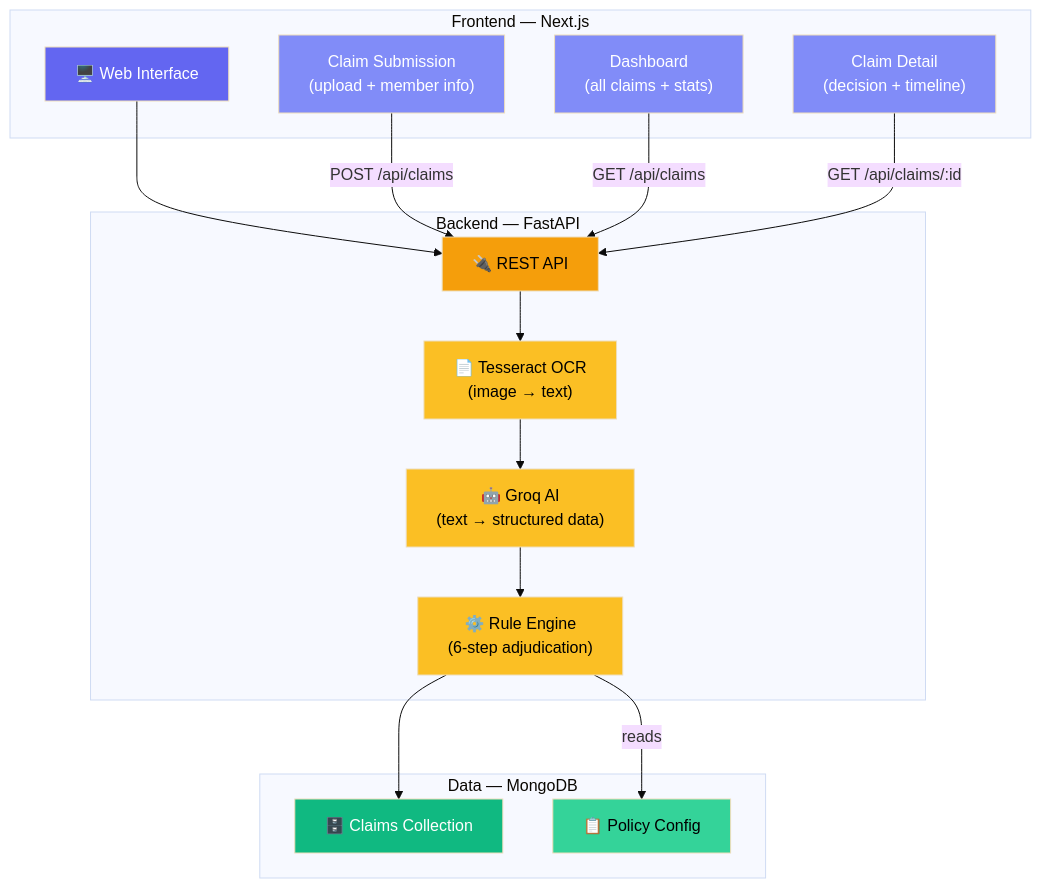
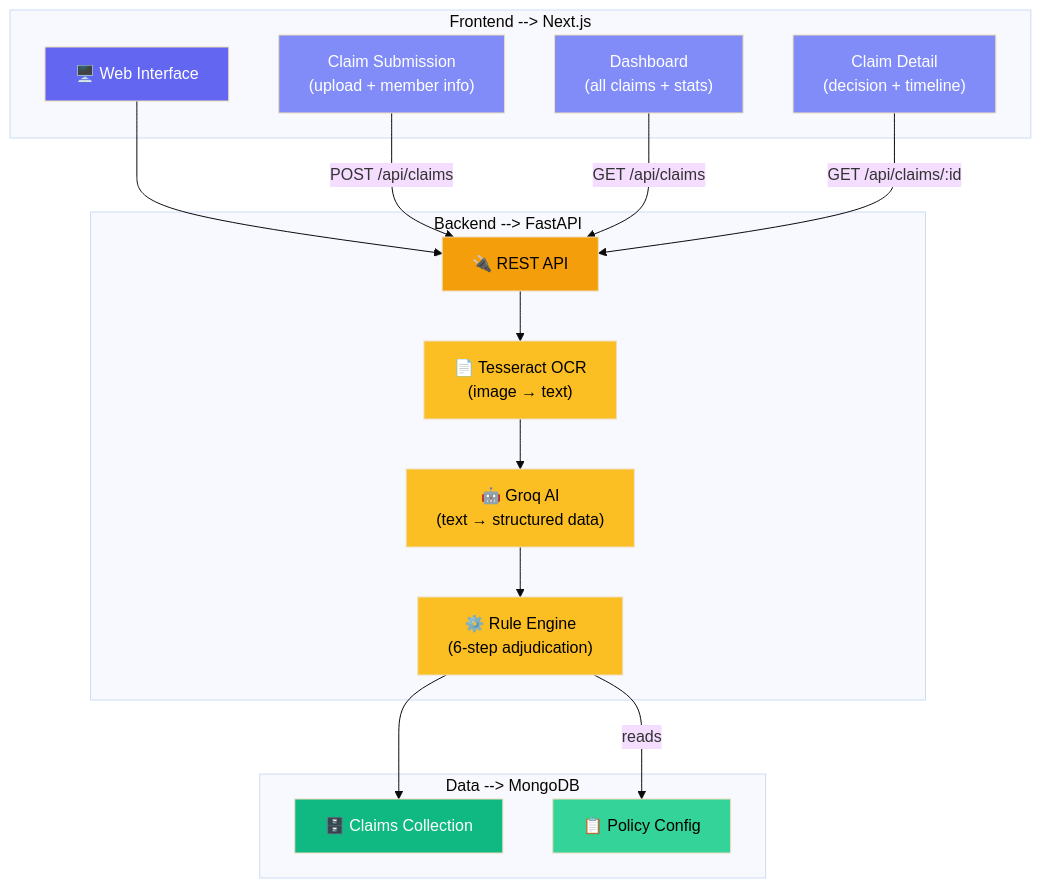
One commit to ziko-ahmed/plum changed the first of 3 diagrams in README.md. Above: the diagram before and after it, drawn with Mermaid (base theme). The commit also changed other lines of this file, not shown here.

````diff
--- a/README.md
+++ b/README.md
@@ -327,43 +327,43 @@
 ```mermaid
 graph TB
-    subgraph "Frontend — Next.js"
+    subgraph "Frontend --> Next.js"
         UI["🖥️ Web Interface"]
         DASH["Dashboard\n(all claims + stats)"]
         FORM["Claim Submission\n(upload + member info)"]
         DETAIL["Claim Detail\n(decision + timeline)"]
     end
 
-    subgraph "Backend — FastAPI"
+    subgraph "Backend --> FastAPI"
         API["🔌 REST API"]
         OCR["📄 Tesseract OCR\n(image → text)"]
         AI["🤖 Groq AI\n(text → structured data)"]
         RULES["⚙️ Rule Engine\n(6-step adjudication)"]
     end
 
-    subgraph "Data — MongoDB"
+    subgraph "Data --> MongoDB"
         DB["🗄️ Claims Collection"]
         POLICY["📋 Policy Config"]
     end
 
     UI --> API
     FORM -->|"POST /api/claims"| API
     DASH -->|"GET /api/claims"| API
     DETAIL -->|"GET /api/claims/:id"| API
 
     API --> OCR
     OCR --> AI
     AI --> RULES
     RULES --> DB
     RULES -->|"reads"| POLICY
 
     style UI fill:#6366f1,color:#fff
     style DASH fill:#818cf8,color:#fff
     style FORM fill:#818cf8,color:#fff
     style DETAIL fill:#818cf8,color:#fff
     style API fill:#f59e0b,color:#000
     style OCR fill:#fbbf24,color:#000
     style AI fill:#fbbf24,color:#000
     style RULES fill:#fbbf24,color:#000
     style DB fill:#10b981,color:#fff
     style POLICY fill:#34d399,color:#000
 ```
````
